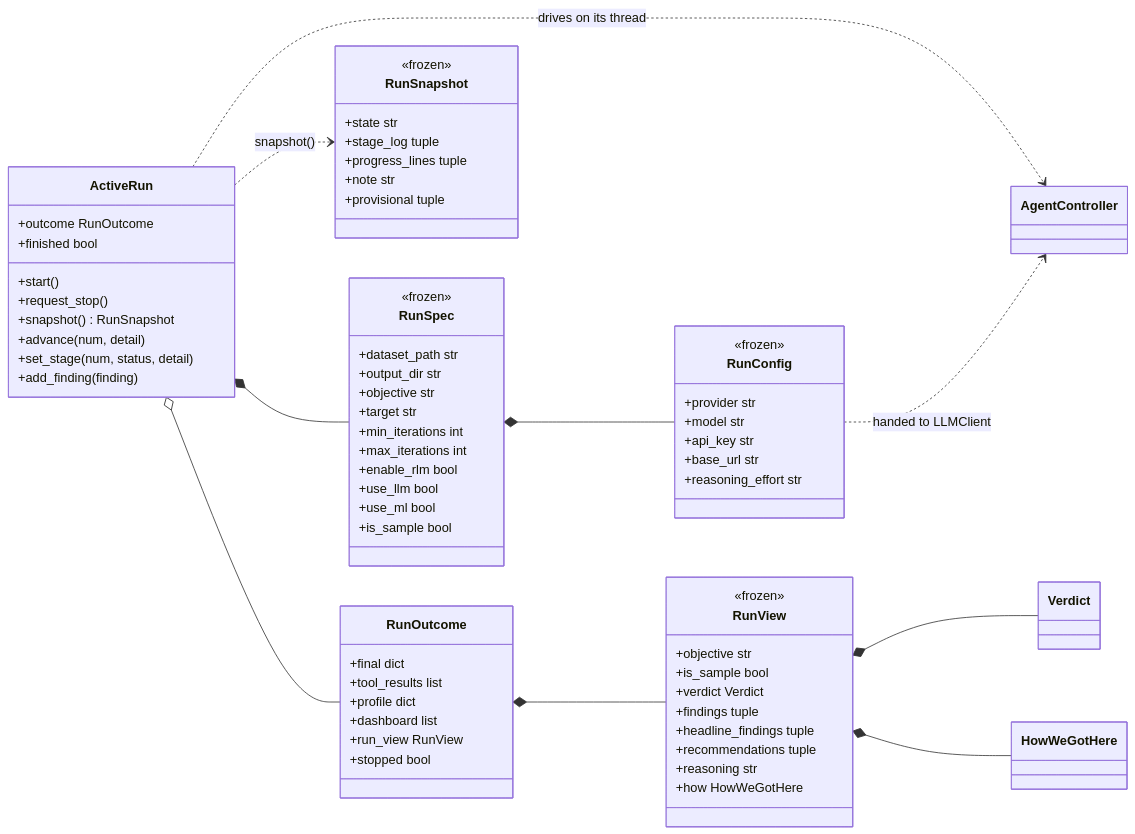
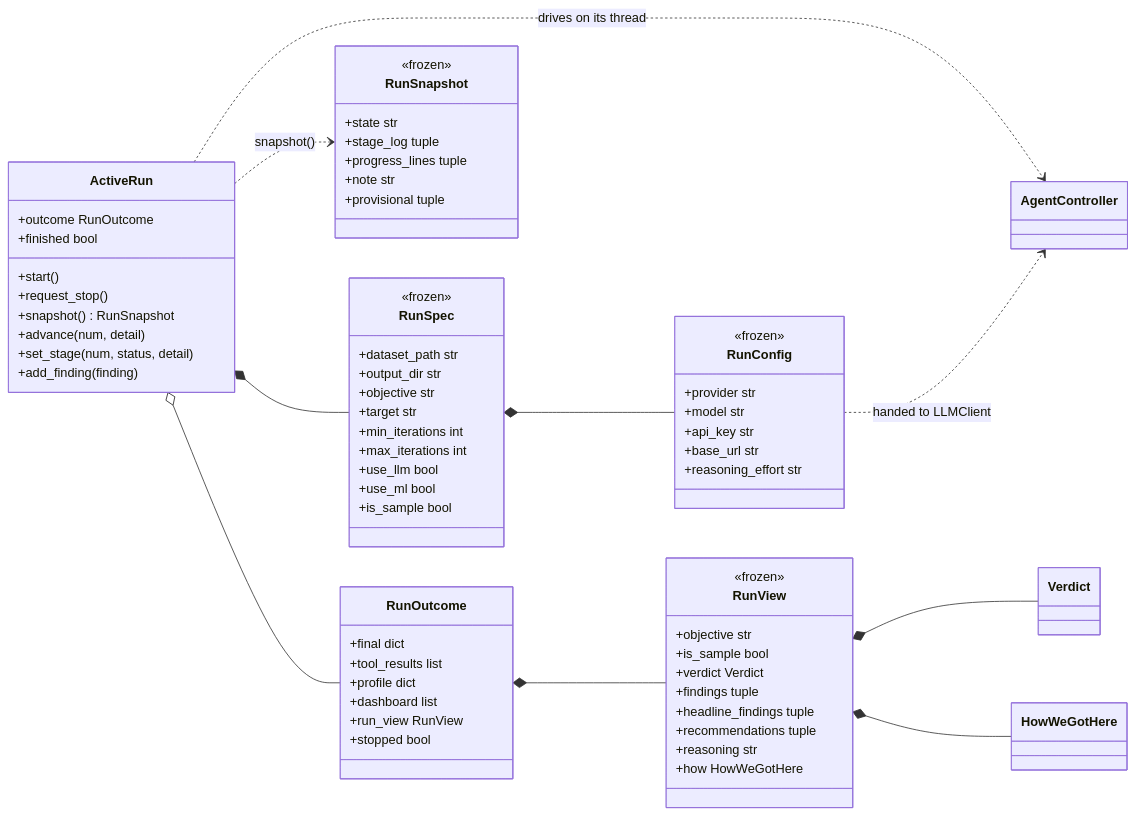
One commit to shahdaksh050/Sorrel-project changed the ninth of 11 diagrams in README.md. Above: the diagram before and after it, drawn with Mermaid. The commit also changed other lines of this file and 76 other files, not shown here.

````diff
--- a/README.md
+++ b/README.md
@@ -582,76 +569,75 @@
 ```mermaid
 classDiagram
     direction LR
 
     class RunConfig {
         <<frozen>>
         +provider str
         +model str
         +api_key str
         +base_url str
         +reasoning_effort str
     }
     class RunSpec {
         <<frozen>>
         +dataset_path str
         +output_dir str
         +objective str
         +target str
         +min_iterations int
         +max_iterations int
-        +enable_rlm bool
         +use_llm bool
         +use_ml bool
         +is_sample bool
     }
     class ActiveRun {
         +start()
         +request_stop()
         +snapshot() RunSnapshot
         +advance(num, detail)
         +set_stage(num, status, detail)
         +add_finding(finding)
         +outcome RunOutcome
         +finished bool
     }
     class RunSnapshot {
         <<frozen>>
         +state str
         +stage_log tuple
         +progress_lines tuple
         +note str
         +provisional tuple
     }
     class RunOutcome {
         +final dict
         +tool_results list
         +profile dict
         +dashboard list
         +run_view RunView
         +stopped bool
     }
     class RunView {
         <<frozen>>
         +objective str
         +is_sample bool
         +verdict Verdict
         +findings tuple
         +headline_findings tuple
         +recommendations tuple
         +reasoning str
         +how HowWeGotHere
     }
     class Verdict
     class HowWeGotHere
     class AgentController
 
     RunSpec *-- RunConfig
     ActiveRun *-- RunSpec
     ActiveRun ..> RunSnapshot : snapshot()
     ActiveRun o-- RunOutcome
     RunOutcome *-- RunView
     RunView *-- Verdict
     RunView *-- HowWeGotHere
     ActiveRun ..> AgentController : drives on its thread
     RunConfig ..> AgentController : handed to LLMClient
 ```
````
